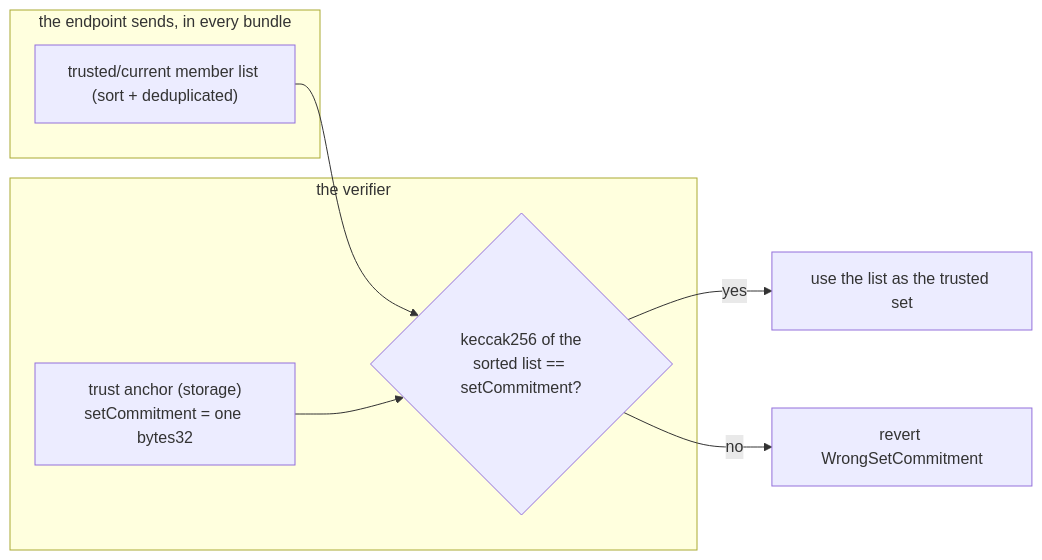
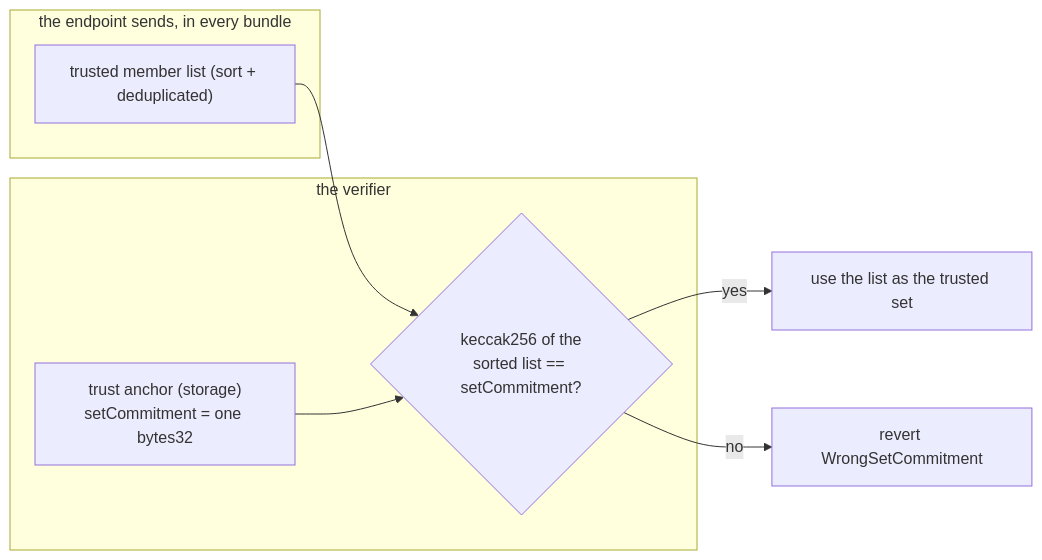
Before and after one commit to LFDT-CLPR/clpr-smart-contracts: the third of 7 diagrams in src/verifiers/evm/qbft/qbft-contract-mode.md, drawn with Mermaid. The commit also changed other lines of this file and 17 other files, not shown here.

````diff
--- a/src/verifiers/evm/qbft/qbft-contract-mode.md
+++ b/src/verifiers/evm/qbft/qbft-contract-mode.md
@@ -74,14 +82,14 @@
 ```mermaid
 flowchart LR
    subgraph EP["the endpoint sends, in every bundle"]
-      L["trusted/current member list (sort + deduplicated)"]
+      L["trusted member list (sort + deduplicated)"]
    end
    subgraph VF["the verifier"]
       A["trust anchor (storage)<br/>setCommitment = one bytes32"]
       C{"keccak256 of the<br/>sorted list == setCommitment?"}
    end
    L --> C
    A --> C
    C -->|yes| U["use the list as the trusted set"]
    C -->|no| R["revert WrongSetCommitment"]
 ```
````
